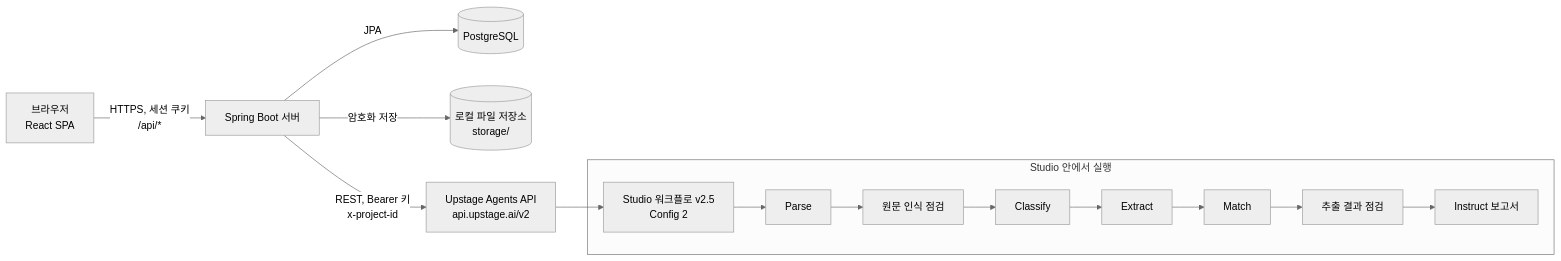
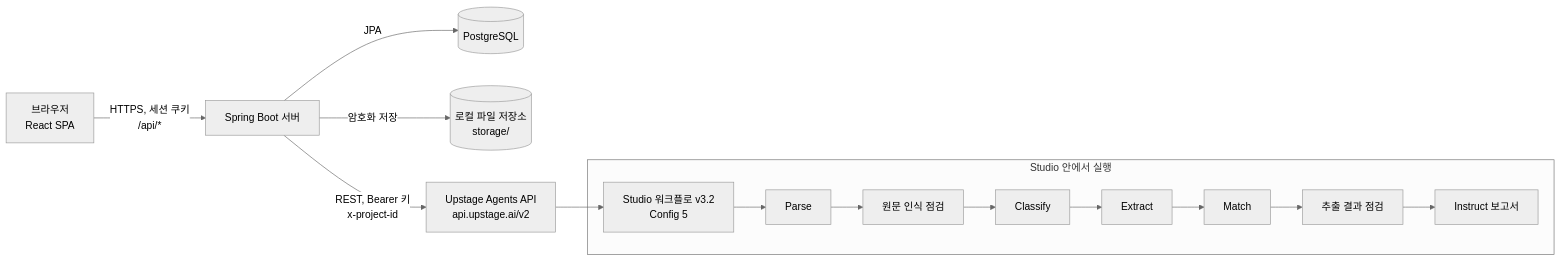
One commit to jinsu47/imbank-docguard changed the diagram in docs/ARCHITECTURE.md. Above: the diagram before and after it, drawn with Mermaid (neutral theme). The commit also changed other lines of this file and 21 other files, not shown here.

````diff
--- a/docs/ARCHITECTURE.md
+++ b/docs/ARCHITECTURE.md
@@ -11,11 +11,11 @@
 ```mermaid
 flowchart LR
     U[브라우저<br/>React SPA] -- "HTTPS, 세션 쿠키<br/>/api/*" --> S[Spring Boot 서버]
     S -- JPA --> DB[(PostgreSQL)]
     S -- "암호화 저장" --> FS[(로컬 파일 저장소<br/>storage/)]
     S -- "REST, Bearer 키<br/>x-project-id" --> UP[Upstage Agents API<br/>api.upstage.ai/v2]
-    UP --> WF[Studio 워크플로 v2.5<br/>Config 2]
+    UP --> WF[Studio 워크플로 v3.2<br/>Config 5]
     subgraph Studio 안에서 실행
       WF --> P[Parse] --> V1[원문 인식 점검] --> C[Classify] --> E[Extract] --> M[Match] --> V2[추출 결과 점검] --> I[Instruct 보고서]
     end
 ```
````
